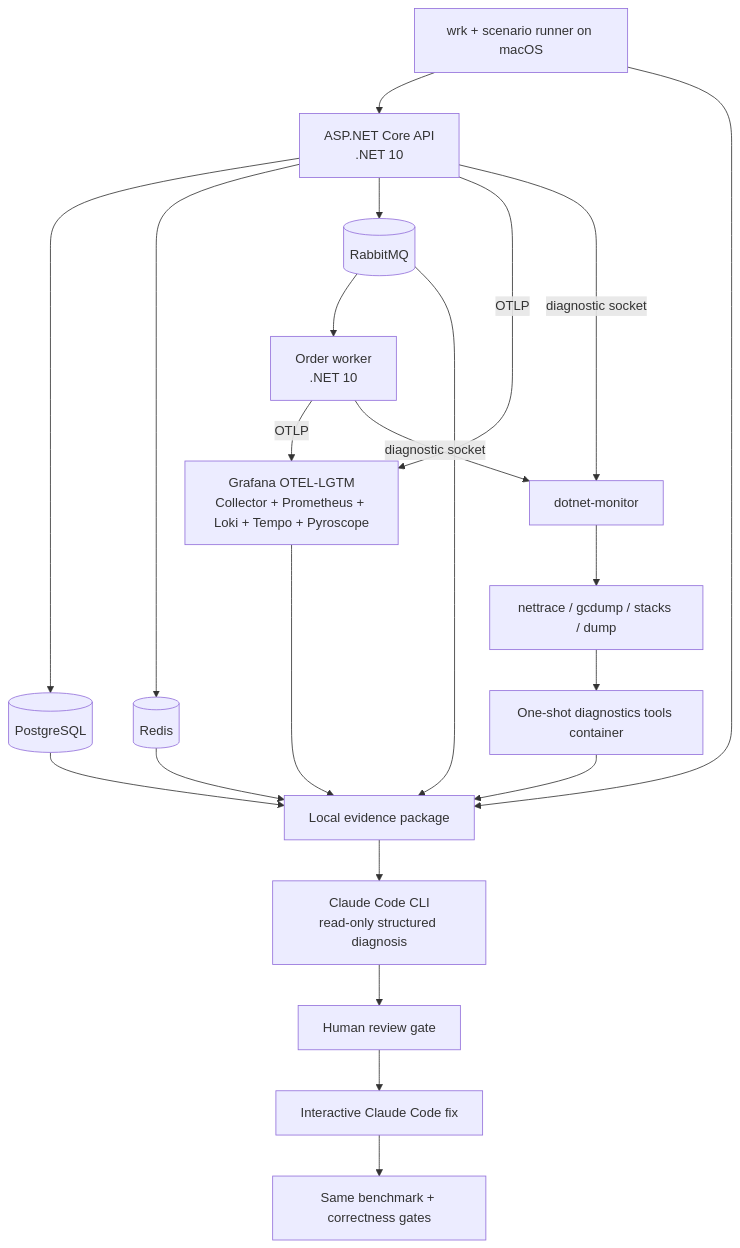
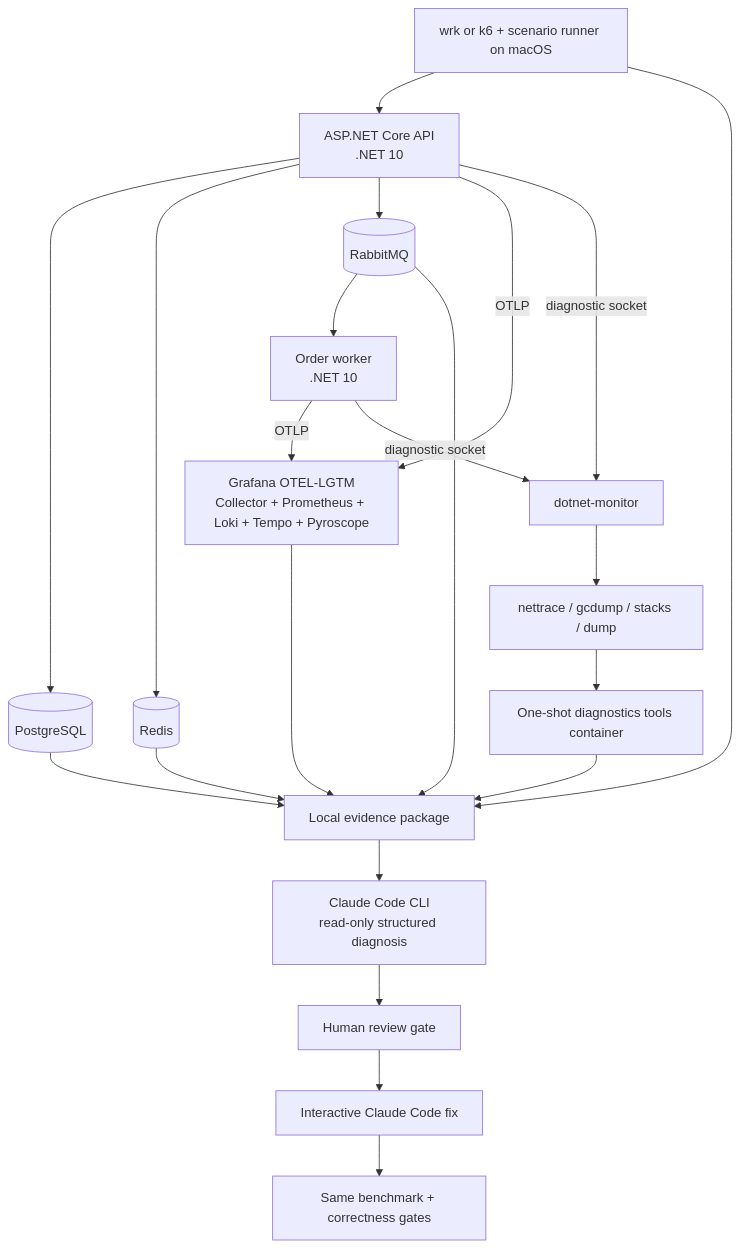
The diagram in README.md (nilshah80/dotnet-perf-eng), drawn with Mermaid before and after one commit. The commit also changed other lines of this file and 6 other files, not shown here.

````diff
--- a/README.md
+++ b/README.md
@@ -9,28 +9,28 @@
 ```mermaid
 flowchart TD
-    WRK[wrk + scenario runner on macOS] --> API[ASP.NET Core API<br/>.NET 10]
+    WRK[wrk or k6 + scenario runner on macOS] --> API[ASP.NET Core API<br/>.NET 10]
     API --> PG[(PostgreSQL)]
     API --> REDIS[(Redis)]
     API --> RABBIT[(RabbitMQ)]
     RABBIT --> WORKER[Order worker<br/>.NET 10]
 
     API -- OTLP --> LGTM[Grafana OTEL-LGTM<br/>Collector + Prometheus + Loki + Tempo + Pyroscope]
     WORKER -- OTLP --> LGTM
 
     API -- diagnostic socket --> MONITOR[dotnet-monitor]
     WORKER -- diagnostic socket --> MONITOR
     MONITOR --> RUNTIME[nettrace / gcdump / stacks / dump]
 
     WRK --> EVIDENCE[Local evidence package]
     LGTM --> EVIDENCE
     PG --> EVIDENCE
     REDIS --> EVIDENCE
     RABBIT --> EVIDENCE
     RUNTIME --> NORMALIZER[One-shot diagnostics tools container]
     NORMALIZER --> EVIDENCE
 
     EVIDENCE --> CLAUDE[Claude Code CLI<br/>read-only structured diagnosis]
     CLAUDE --> REVIEW[Human review gate]
     REVIEW --> FIX[Interactive Claude Code fix]
     FIX --> VALIDATE[Same benchmark + correctness gates]
 ```
````
